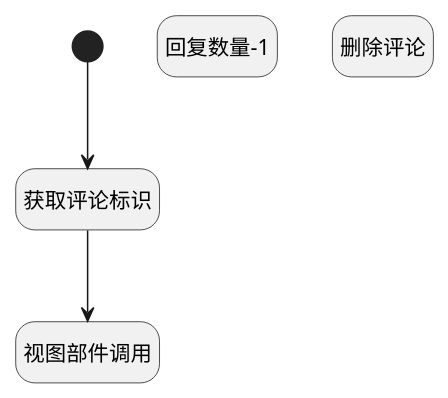
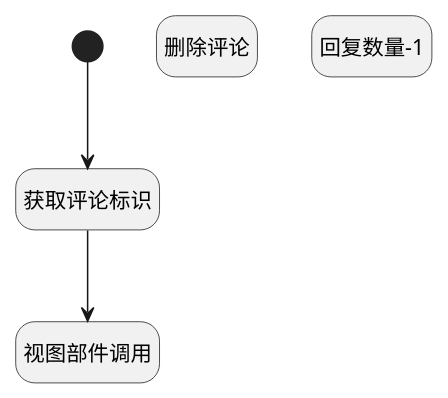
One commit to iBizLab/plm changed the diagram in doc/docsify/module/Team/discuss_post/uilogic/del_comment.md. Above: the diagram before and after it, drawn with PlantUML. The commit also changed other lines of this file and 1473 other files, not shown here.

````diff
--- a/doc/docsify/module/Team/discuss_post/uilogic/del_comment.md
+++ b/doc/docsify/module/Team/discuss_post/uilogic/del_comment.md
@@ -7,23 +7,23 @@
 ```plantuml
 @startuml
 hide footbox
 <style>
 root {
   HyperlinkColor #42b983
 }
 </style>
 
 hide empty description
 state "开始" as Begin <<start>> [[$./del_comment#begin {开始}]]
 state "视图部件调用" as VIEWCTRLINVOKE1  [[$./del_comment#viewctrlinvoke1 {视图部件调用}]]
+state "删除评论" as DEACTION1  [[$./del_comment#deaction1 {删除评论}]]
 state "回复数量-1" as RAWJSCODE1  [[$./del_comment#rawjscode1 {回复数量-1}]]
-state "删除评论" as DEACTION1  [[$./del_comment#deaction1 {删除评论}]]
 state "获取评论标识" as PREPAREJSPARAM1  [[$./del_comment#preparejsparam1 {获取评论标识}]]
 
 
 Begin --> PREPAREJSPARAM1
 PREPAREJSPARAM1 --> VIEWCTRLINVOKE1
 
 
 @enduml
 ```
````
